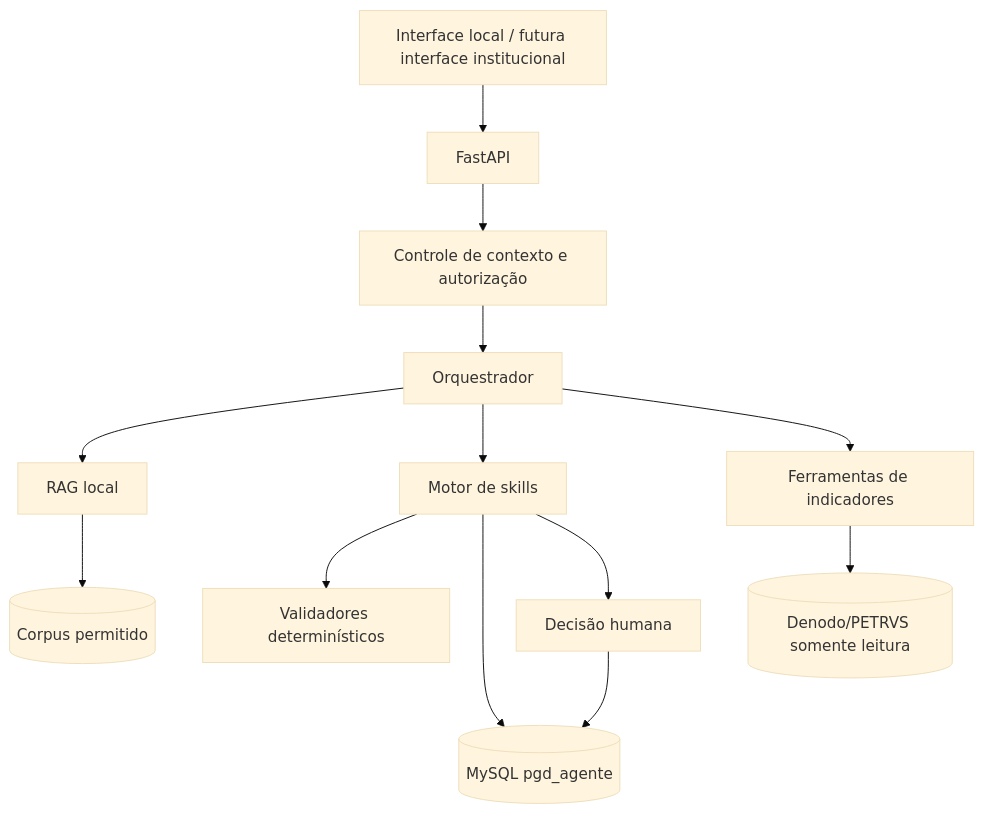
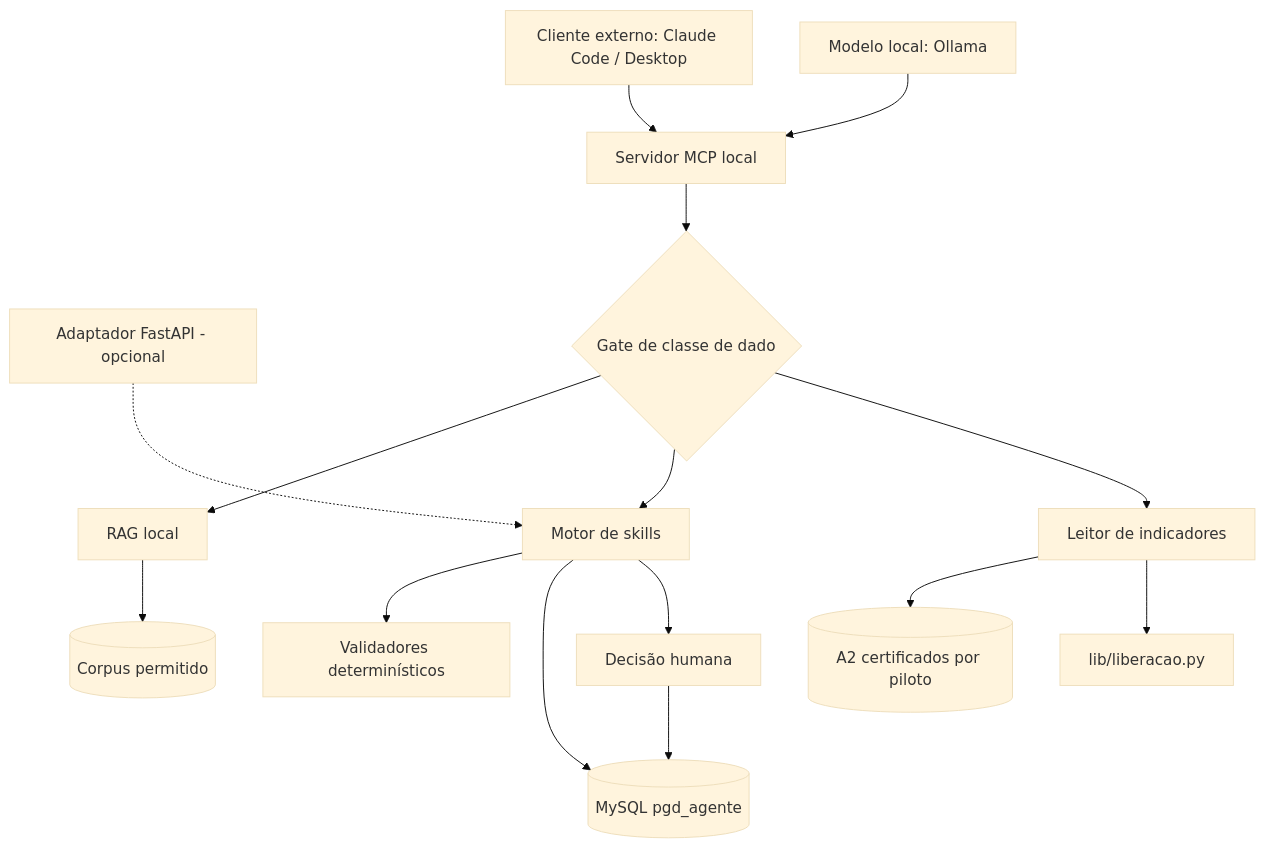
One commit to lpchagas/pgd-icmbio changed the diagram in docs/agente/projeto-v7/02-arquitetura-tecnologia-dados.md. Above: the diagram before and after it, drawn with Mermaid (base theme). The commit also changed other lines of this file and 24 other files, not shown here.

First line of the commit message:
docs(agente): proposta v7 — ferramentas, MCP híbrido, cronograma e estado atual (B1)

````diff
--- a/docs/agente/projeto-v7/02-arquitetura-tecnologia-dados.md
+++ b/docs/agente/projeto-v7/02-arquitetura-tecnologia-dados.md
@@ -40,23 +48,29 @@
 ```mermaid
 flowchart TB
-    UI[Interface local / futura interface institucional]
-    API[FastAPI]
-    AUTH[Controle de contexto e autorização]
-    ORQ[Orquestrador]
+    EXT[Cliente externo: Claude Code / Desktop]
+    LOC[Modelo local: Ollama]
+    HTTP[Adaptador FastAPI - opcional]
+    MCP[Servidor MCP local]
+    GATE{Gate de classe de dado}
     RAG[RAG local]
     ENGINE[Motor de skills]
     CALC[Validadores determinísticos]
-    TOOLS[Ferramentas de indicadores]
+    IND[Leitor de indicadores]
     DB[(MySQL pgd_agente)]
     CORPUS[(Corpus permitido)]
-    DENODO[(Denodo/PETRVS somente leitura)]
+    A2[(A2 certificados por piloto)]
+    LIB[lib/liberacao.py]
     HUMAN[Decisão humana]
 
-    UI --> API --> AUTH --> ORQ
-    ORQ --> RAG --> CORPUS
-    ORQ --> ENGINE
+    EXT --> MCP
+    LOC --> MCP
+    HTTP -.-> ENGINE
+    MCP --> GATE
+    GATE --> RAG --> CORPUS
+    GATE --> ENGINE
+    GATE --> IND --> A2
+    IND --> LIB
     ENGINE --> CALC
     ENGINE --> DB
-    ORQ --> TOOLS --> DENODO
     ENGINE --> HUMAN --> DB
 ```
````
